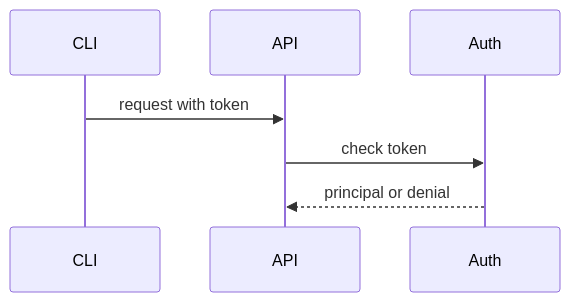
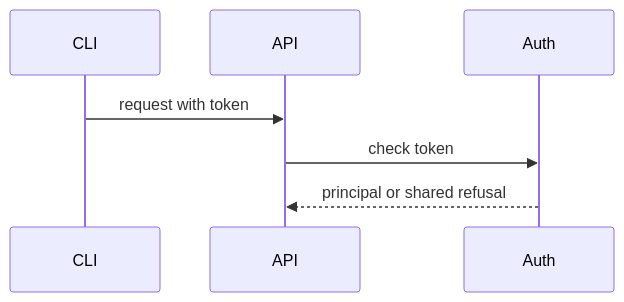
The second of 4 diagrams in openspec/changes/token-life-cycle-expiry-email-token-expiry-enforcement/design.md (OpenDustpan/OpenDustpan), drawn with Mermaid before and after one commit. The commit also changed other lines of this file and 90 other files, not shown here.

````diff
--- a/openspec/changes/token-life-cycle-expiry-email-token-expiry-enforcement/design.md
+++ b/openspec/changes/token-life-cycle-expiry-email-token-expiry-enforcement/design.md
@@ -43,9 +46,9 @@
 ```mermaid
 sequenceDiagram
  participant C as CLI
  participant API
  participant Auth
  C->>API: request with token
  API->>Auth: check token
- Auth-->>API: principal or denial
+ Auth-->>API: principal or shared refusal
 ```
````
